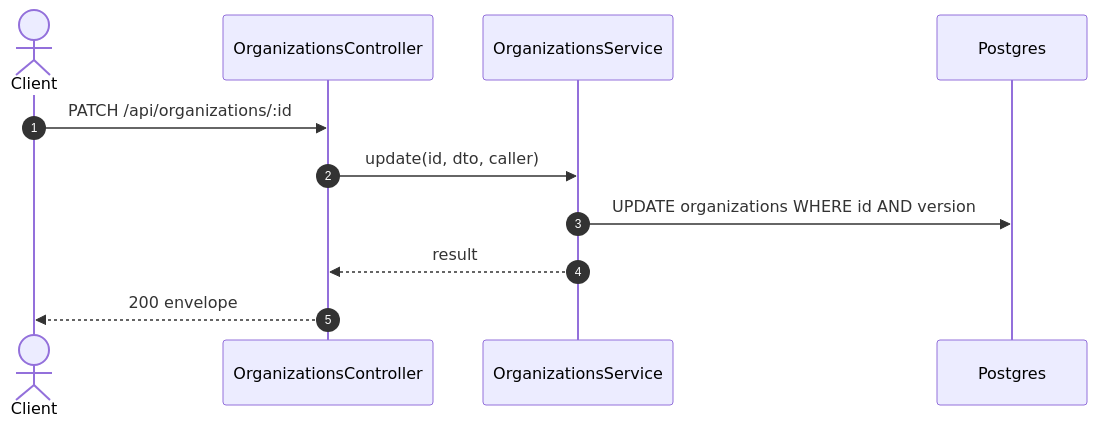
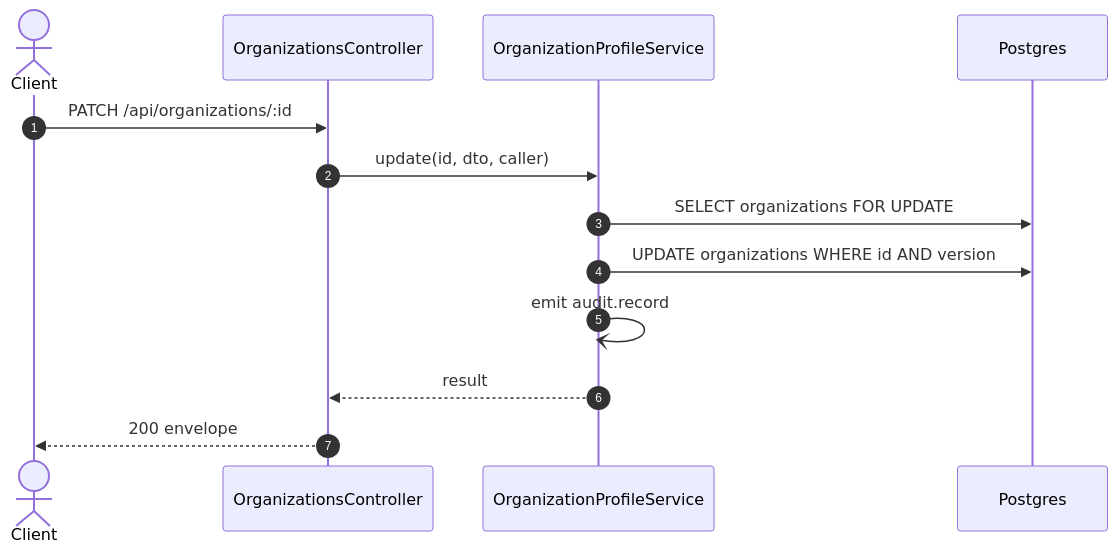
The second of 2 diagrams in specs/organizations/api-design/04-patch-organizations-id.md (TrekLink-Team/treklink-web), drawn with Mermaid before and after one commit. The commit also changed other lines of this file and 26 other files, not shown here.

````diff
--- a/specs/organizations/api-design/04-patch-organizations-id.md
+++ b/specs/organizations/api-design/04-patch-organizations-id.md
@@ -199,13 +242,15 @@
 ```mermaid
 sequenceDiagram
     autonumber
     actor C as Client
     participant Ctl as OrganizationsController
-    participant Svc as OrganizationsService
+    participant Svc as OrganizationProfileService
     participant DB as Postgres
     C->>Ctl: PATCH /api/organizations/:id
     Ctl->>Svc: update(id, dto, caller)
+    Svc->>DB: SELECT organizations FOR UPDATE
     Svc->>DB: UPDATE organizations WHERE id AND version
+    Svc-)Svc: emit audit.record
     Svc-->>Ctl: result
     Ctl-->>C: 200 envelope
 ```
````
